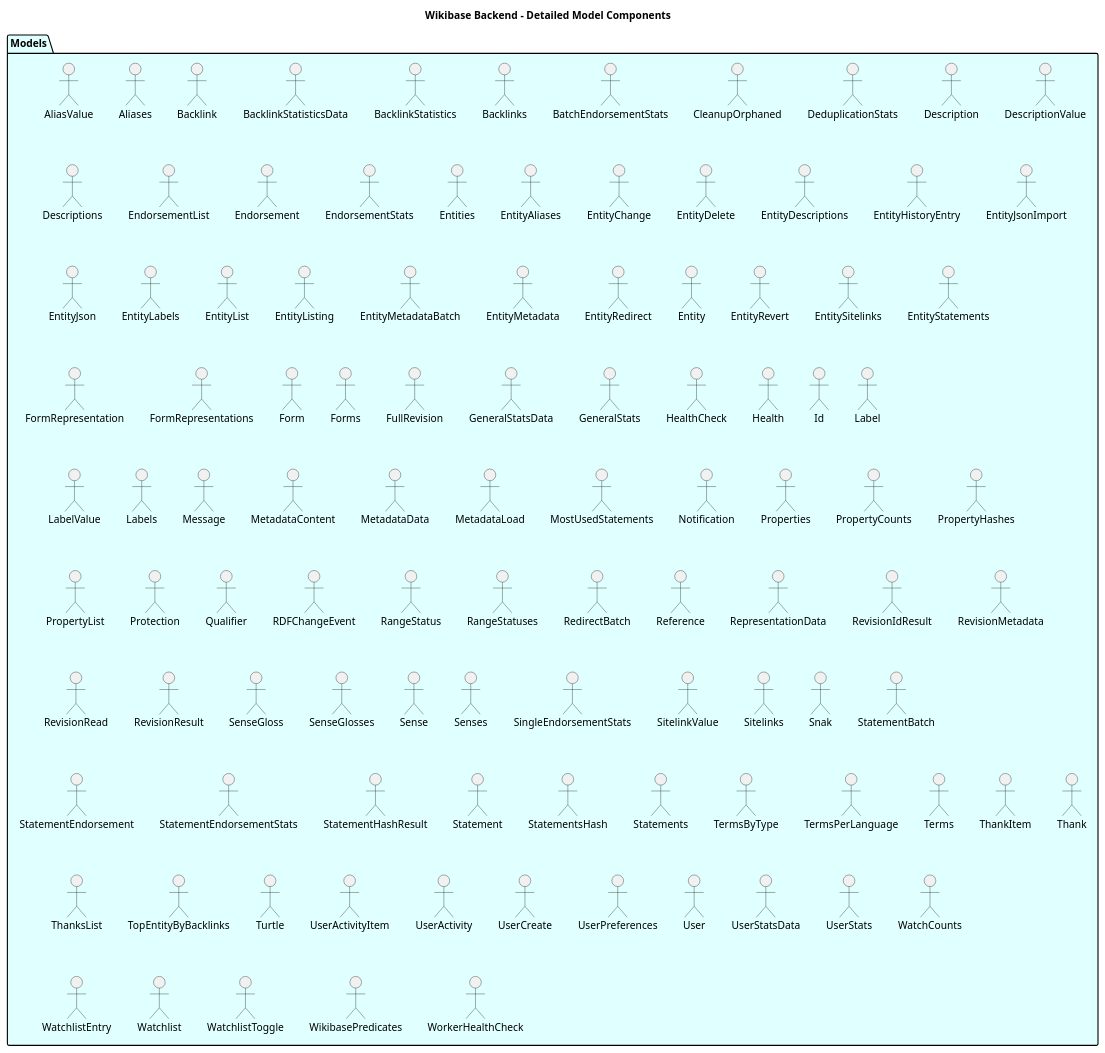
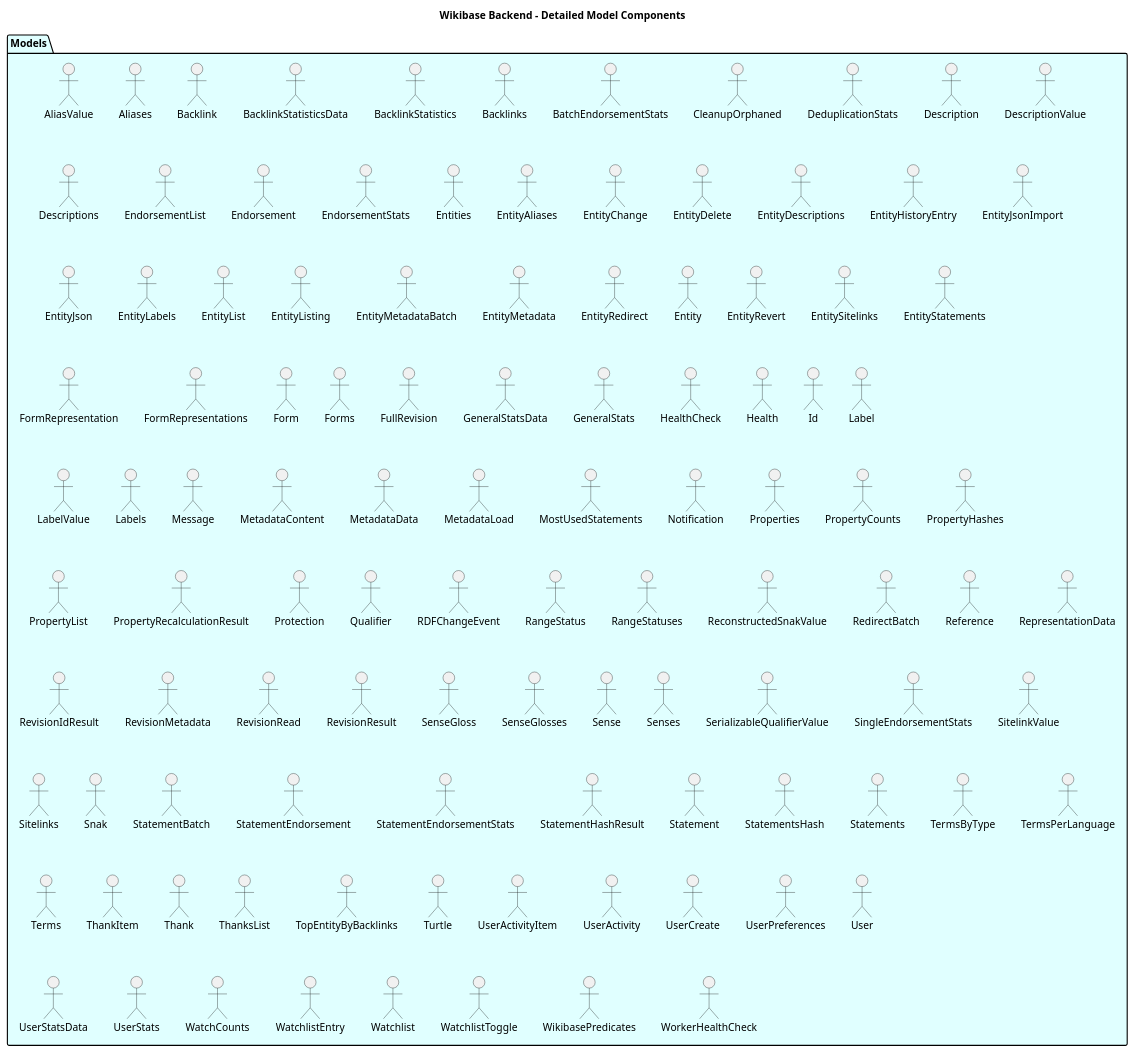
One commit to dpriskorn/entitybase-backend changed the diagram in doc/DIAGRAMS/detailed_model_components.puml. Above: the diagram before and after it, drawn with PlantUML. The commit also changed 15 other files, not shown here.

```diff
--- a/doc/DIAGRAMS/detailed_model_components.puml
+++ b/doc/DIAGRAMS/detailed_model_components.puml
@@ -1,112 +1,115 @@
 @startuml Detailed Model Components
 
 title Wikibase Backend - Detailed Model Components
 
 package "Models" as Models #LightCyan {
     "AliasValue" as AliasValue
     "Aliases" as AliasesResponse
     "Backlink" as BacklinkResponse
     "BacklinkStatisticsData" as BacklinkStatisticsData
     "BacklinkStatistics" as BacklinkStatisticsResponse
     "Backlinks" as BacklinksResponse
     "BatchEndorsementStats" as BatchEndorsementStatsResponse
     "CleanupOrphaned" as CleanupOrphanedResponse
     "DeduplicationStats" as DeduplicationStatsResponse
     "Description" as DescriptionResponse
     "DescriptionValue" as DescriptionValue
     "Descriptions" as DescriptionsResponse
     "EndorsementList" as EndorsementListResponse
     "Endorsement" as EndorsementResponse
     "EndorsementStats" as EndorsementStatsResponse
     "Entities" as EntitiesResponse
     "EntityAliases" as EntityAliasesResponse
     "EntityChange" as EntityChange
     "EntityDelete" as EntityDeleteResponse
     "EntityDescriptions" as EntityDescriptionsResponse
     "EntityHistoryEntry" as EntityHistoryEntry
     "EntityJsonImport" as EntityJsonImportResponse
     "EntityJson" as EntityJsonResponse
     "EntityLabels" as EntityLabelsResponse
     "EntityList" as EntityListResponse
     "EntityListing" as EntityListing
     "EntityMetadataBatch" as EntityMetadataBatchResponse
     "EntityMetadata" as EntityMetadataResponse
     "EntityRedirect" as EntityRedirectResponse
     "Entity" as EntityResponse
     "EntityRevert" as EntityRevertResponse
     "EntitySitelinks" as EntitySitelinksResponse
     "EntityStatements" as EntityStatementsResponse
     "FormRepresentation" as FormRepresentationResponse
     "FormRepresentations" as FormRepresentationsResponse
     "Form" as FormResponse
     "Forms" as FormsResponse
     "FullRevision" as FullRevisionResponse
     "GeneralStatsData" as GeneralStatsData
     "GeneralStats" as GeneralStatsResponse
     "HealthCheck" as HealthCheckResponse
     "Health" as HealthResponse
     "Id" as IdResponse
     "Label" as LabelResponse
     "LabelValue" as LabelValue
     "Labels" as LabelsResponse
     "Message" as MessageResponse
     "MetadataContent" as MetadataContent
     "MetadataData" as MetadataData
     "MetadataLoad" as MetadataLoadResponse
     "MostUsedStatements" as MostUsedStatementsResponse
     "Notification" as NotificationResponse
     "Properties" as PropertiesResponse
     "PropertyCounts" as PropertyCountsResponse
     "PropertyHashes" as PropertyHashesResponse
     "PropertyList" as PropertyListResponse
+    "PropertyRecalculationResult" as PropertyRecalculationResult
     "Protection" as ProtectionResponse
     "Qualifier" as QualifierResponse
     "RDFChangeEvent" as RDFChangeEvent
     "RangeStatus" as RangeStatus
     "RangeStatuses" as RangeStatuses
+    "ReconstructedSnakValue" as ReconstructedSnakValue
     "RedirectBatch" as RedirectBatchResponse
     "Reference" as ReferenceResponse
     "RepresentationData" as RepresentationData
     "RevisionIdResult" as RevisionIdResult
     "RevisionMetadata" as RevisionMetadataResponse
     "RevisionRead" as RevisionReadResponse
     "RevisionResult" as RevisionResult
     "SenseGloss" as SenseGlossResponse
     "SenseGlosses" as SenseGlossesResponse
     "Sense" as SenseResponse
     "Senses" as SensesResponse
+    "SerializableQualifierValue" as SerializableQualifierValue
     "SingleEndorsementStats" as SingleEndorsementStatsResponse
     "SitelinkValue" as SitelinkValue
     "Sitelinks" as SitelinksResponse
     "Snak" as SnakResponse
     "StatementBatch" as StatementBatchResponse
     "StatementEndorsement" as StatementEndorsementResponse
     "StatementEndorsementStats" as StatementEndorsementStats
     "StatementHashResult" as StatementHashResult
     "Statement" as StatementResponse
     "StatementsHash" as StatementsHashResponse
     "Statements" as StatementsResponse
     "TermsByType" as TermsByType
     "TermsPerLanguage" as TermsPerLanguage
     "Terms" as TermsResponse
     "ThankItem" as ThankItemResponse
     "Thank" as ThankResponse
     "ThanksList" as ThanksListResponse
     "TopEntityByBacklinks" as TopEntityByBacklinks
     "Turtle" as TurtleResponse
     "UserActivityItem" as UserActivityItemResponse
     "UserActivity" as UserActivityResponse
     "UserCreate" as UserCreateResponse
     "UserPreferences" as UserPreferencesResponse
     "User" as UserResponse
     "UserStatsData" as UserStatsData
     "UserStats" as UserStatsResponse
     "WatchCounts" as WatchCounts
     "WatchlistEntry" as WatchlistEntryResponse
     "Watchlist" as WatchlistResponse
     "WatchlistToggle" as WatchlistToggleResponse
     "WikibasePredicates" as WikibasePredicatesResponse
     "WorkerHealthCheck" as WorkerHealthCheckResponse
 }
 
 @enduml
```
